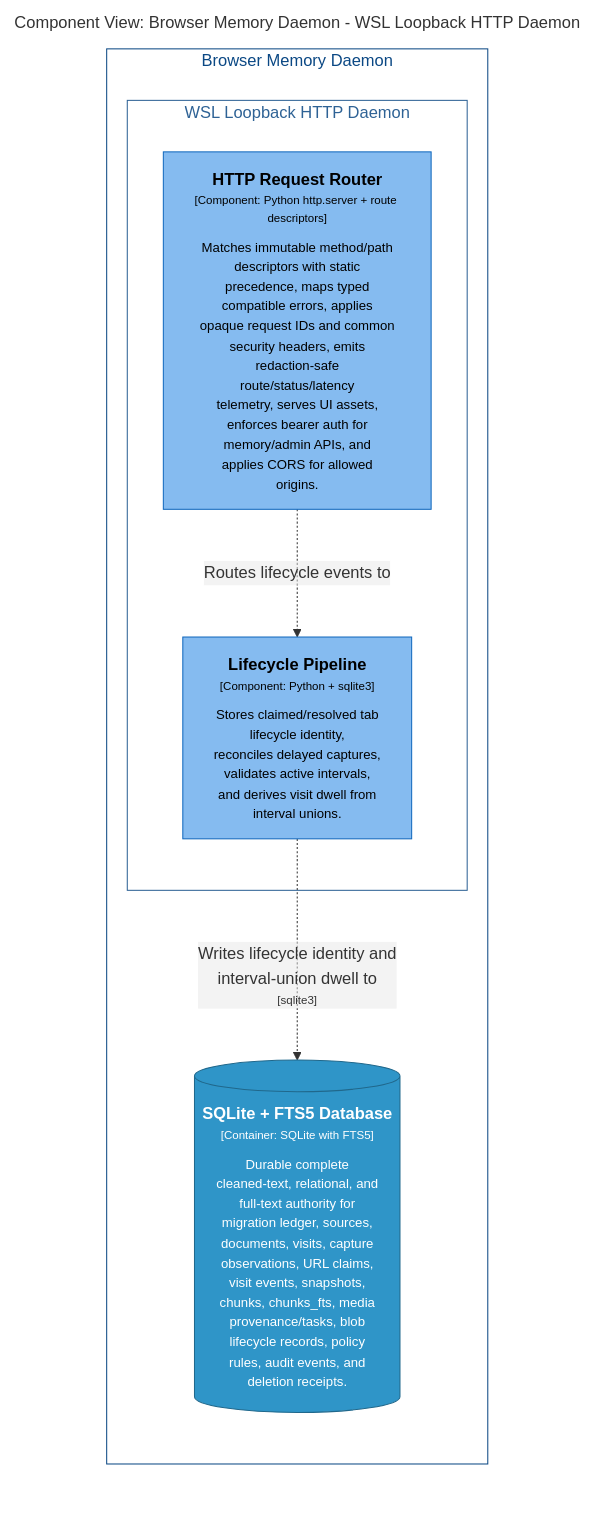
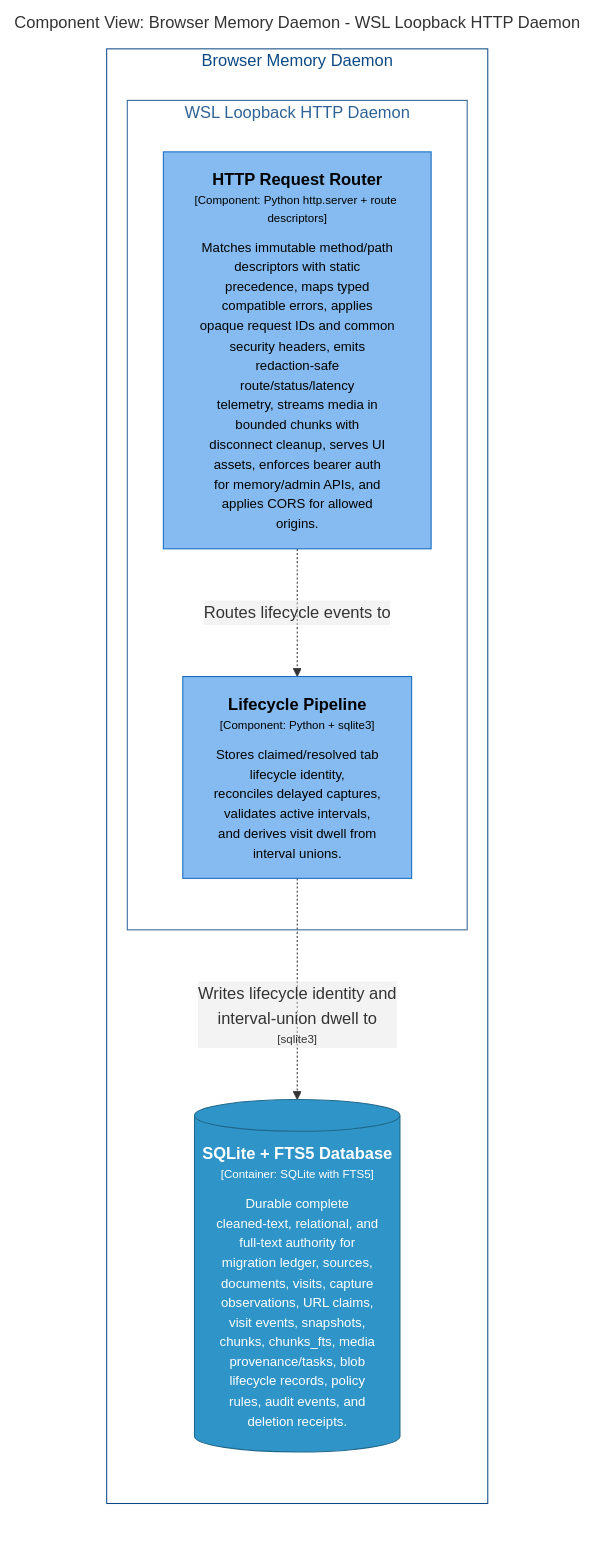
One commit to michaelnicks0/browser-memory-daemon changed the diagram in docs/architecture/diagrams/markdown/DaemonLifecycleComponents.md. Above: the diagram before and after it, drawn with Mermaid. The commit also changed 97 other files, not shown here.

Commit message:
feat(http): stream media upload and download

````diff
--- a/docs/architecture/diagrams/markdown/DaemonLifecycleComponents.md
+++ b/docs/architecture/diagrams/markdown/DaemonLifecycleComponents.md
@@ -16,28 +16,28 @@
 ```mermaid
 graph LR
   linkStyle default fill:#ffffff
 
   subgraph diagram ["Component View: Browser Memory Daemon - WSL Loopback HTTP Daemon"]
     style diagram fill:#ffffff,stroke:#ffffff
 
     subgraph 4 ["Browser Memory Daemon"]
       style 4 fill:#ffffff,stroke:#0b4884,color:#0b4884
 
       subgraph 22 ["WSL Loopback HTTP Daemon"]
         style 22 fill:#ffffff,stroke:#2e6295,color:#2e6295
 
-        23["<div style='font-weight: bold'>HTTP Request Router</div><div style='font-size: 70%; margin-top: 0px'>[Component: Python http.server + route descriptors]</div><div style='font-size: 80%; margin-top:10px'>Matches immutable method/path<br />descriptors with static<br />precedence, maps typed<br />compatible errors, applies<br />opaque request IDs and common<br />security headers, emits<br />redaction-safe<br />route/status/latency<br />telemetry, serves UI assets,<br />enforces bearer auth for<br />memory/admin APIs, and<br />applies CORS for allowed<br />origins.</div>"]
+        23["<div style='font-weight: bold'>HTTP Request Router</div><div style='font-size: 70%; margin-top: 0px'>[Component: Python http.server + route descriptors]</div><div style='font-size: 80%; margin-top:10px'>Matches immutable method/path<br />descriptors with static<br />precedence, maps typed<br />compatible errors, applies<br />opaque request IDs and common<br />security headers, emits<br />redaction-safe<br />route/status/latency<br />telemetry, streams media in<br />bounded chunks with<br />disconnect cleanup, serves UI<br />assets, enforces bearer auth<br />for memory/admin APIs, and<br />applies CORS for allowed<br />origins.</div>"]
         style 23 fill:#85bbf0,stroke:#1168bd,color:#000000
         28["<div style='font-weight: bold'>Lifecycle Pipeline</div><div style='font-size: 70%; margin-top: 0px'>[Component: Python + sqlite3]</div><div style='font-size: 80%; margin-top:10px'>Stores claimed/resolved tab<br />lifecycle identity,<br />reconciles delayed captures,<br />validates active intervals,<br />and derives visit dwell from<br />interval unions.</div>"]
         style 28 fill:#85bbf0,stroke:#1168bd,color:#000000
       end
 
       47[("<div style='font-weight: bold'>SQLite + FTS5 Database</div><div style='font-size: 70%; margin-top: 0px'>[Container: SQLite with FTS5]</div><div style='font-size: 80%; margin-top:10px'>Durable complete<br />cleaned-text, relational, and<br />full-text authority for<br />migration ledger, sources,<br />documents, visits, capture<br />observations, URL claims,<br />visit events, snapshots,<br />chunks, chunks_fts, media<br />provenance/tasks, blob<br />lifecycle records, policy<br />rules, audit events, and<br />deletion receipts.</div>")]
       style 47 fill:#2f95c8,stroke:#20688c,color:#ffffff
     end
 
     23-. "<div>Routes lifecycle events to</div><div style='font-size: 70%'></div>" .->28
     28-. "<div>Writes lifecycle identity and<br />interval-union dwell to</div><div style='font-size: 70%'>[sqlite3]</div>" .->47
 
   end
 ```
````
